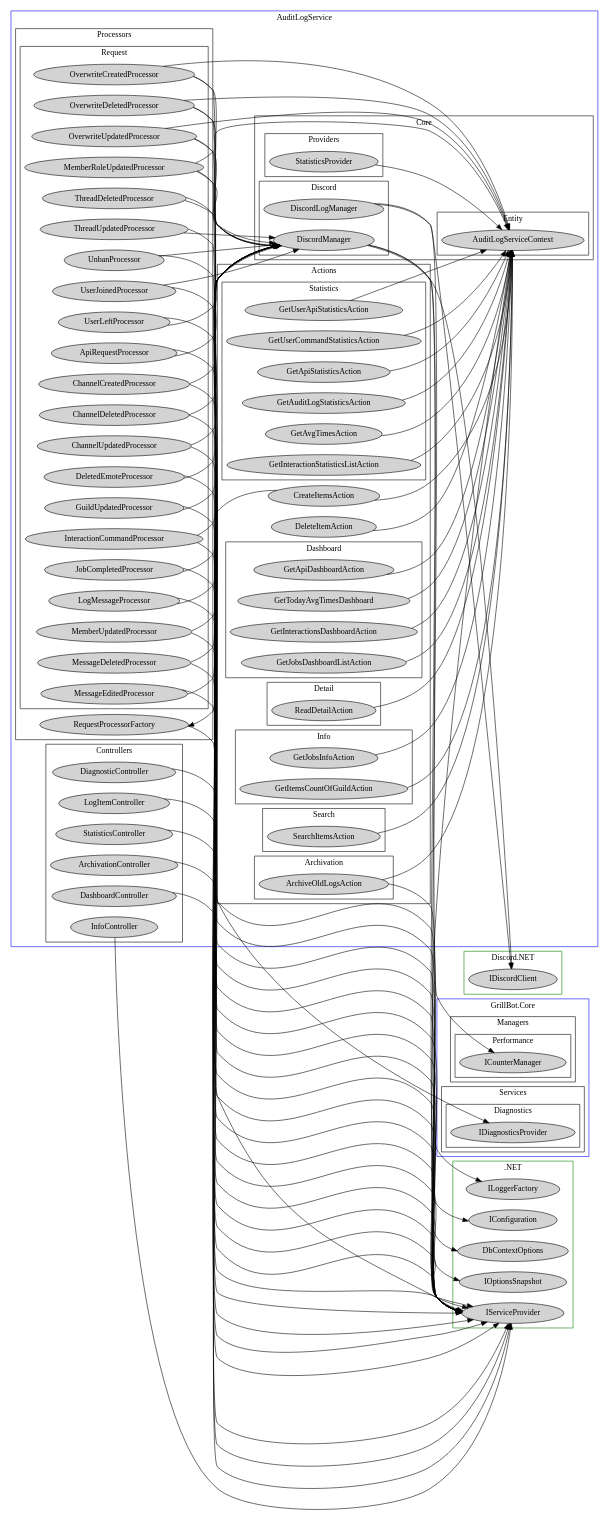
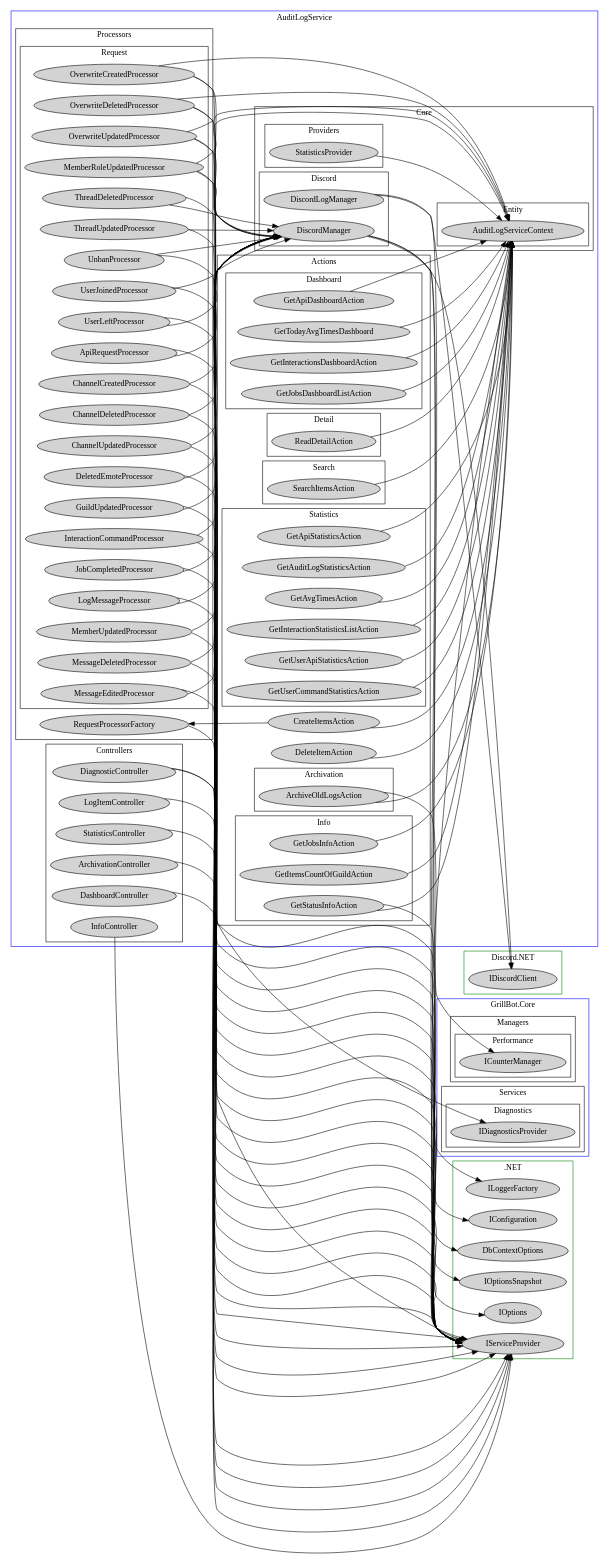
One commit to GrillBot/grillbot-docs changed the diagram in data/di-graph-audit-log.dot. Above: the diagram before and after it, drawn with Graphviz. The commit also changed 4 other files, not shown here.

```diff
--- a/data/di-graph-audit-log.dot
+++ b/data/di-graph-audit-log.dot
@@ -45,6 +45,7 @@
                 
                 GetJobsInfoAction
                 GetItemsCountOfGuildAction
+                GetStatusInfoAction
             }
             
             subgraph cluster_3_1_5 {
@@ -197,6 +198,7 @@
 	    ILoggerFactory
 	    IOptionsSnapshot
 	    IConfiguration
+	    IOptions
 	}
 	
 	subgraph cluster_200 {
@@ -220,7 +222,7 @@
     CreateItemsAction -> { AuditLogServiceContext RequestProcessorFactory }
     DeleteItemAction -> { AuditLogServiceContext }
     ArchivationController -> { IServiceProvider }
-    DiagnosticController -> { IDiagnosticsProvider }
+    DiagnosticController -> { IDiagnosticsProvider IServiceProvider }
     InfoController -> { IServiceProvider }
     LogItemController -> { IServiceProvider }
     StatisticsController -> { IServiceProvider }
@@ -237,4 +239,5 @@
     GetInteractionsDashboardAction -> { AuditLogServiceContext }
     GetJobsDashboardListAction -> { AuditLogServiceContext }
     DashboardController -> { IServiceProvider }
+    GetStatusInfoAction -> { AuditLogServiceContext IOptions }
 }
```
